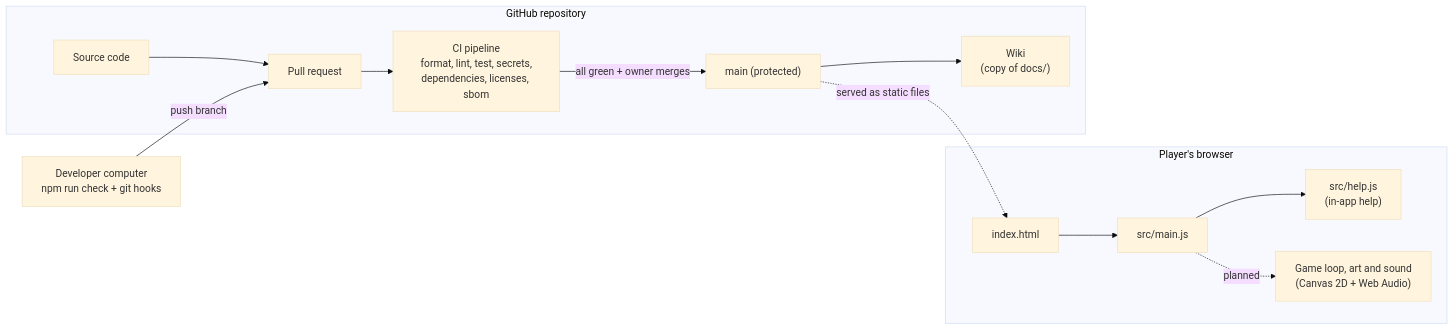
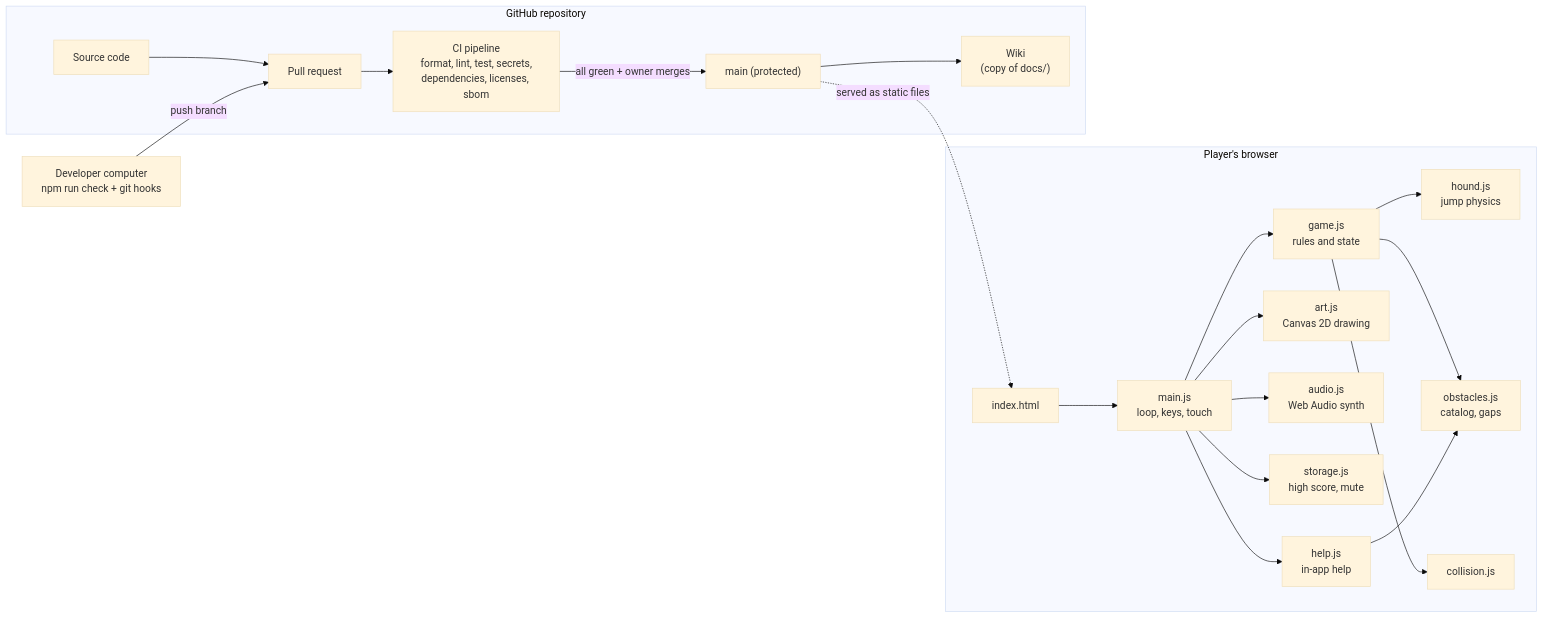
One commit to msarro/Runny_Hound_2 changed the diagram in docs/architecture.md. Above: the diagram before and after it, drawn with Mermaid (base theme). The commit also changed other lines of this file and 29 other files, not shown here.

````diff
--- a/docs/architecture.md
+++ b/docs/architecture.md
@@ -8,18 +8,25 @@
 ```mermaid
 flowchart LR
   subgraph Browser["Player's browser"]
-    HTML["index.html"] --> Main["src/main.js"]
-    Main --> Help["src/help.js<br/>(in-app help)"]
-    Main -. planned .-> Game["Game loop, art and sound<br/>(Canvas 2D + Web Audio)"]
+    HTML["index.html"] --> Main["main.js<br/>loop, keys, touch"]
+    Main --> Game["game.js<br/>rules and state"]
+    Game --> Hound["hound.js<br/>jump physics"]
+    Game --> Obst["obstacles.js<br/>catalog, gaps"]
+    Game --> Coll["collision.js"]
+    Main --> Art["art.js<br/>Canvas 2D drawing"]
+    Main --> Audio["audio.js<br/>Web Audio synth"]
+    Main --> Store["storage.js<br/>high score, mute"]
+    Main --> Help["help.js<br/>in-app help"]
+    Help --> Obst
   end
 
   subgraph Repo["GitHub repository"]
     Code["Source code"] --> PR["Pull request"]
     PR --> CI["CI pipeline<br/>format, lint, test, secrets,<br/>dependencies, licenses, sbom"]
     CI -->|all green + owner merges| MainBranch["main (protected)"]
     MainBranch --> Wiki["Wiki<br/>(copy of docs/)"]
   end
 
   Dev["Developer computer<br/>npm run check + git hooks"] -->|push branch| PR
   MainBranch -. served as static files .-> HTML
 ```
````
